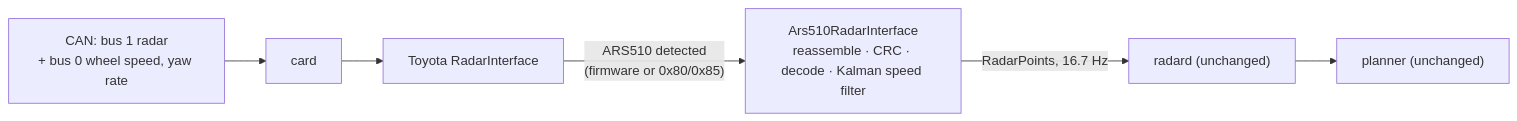
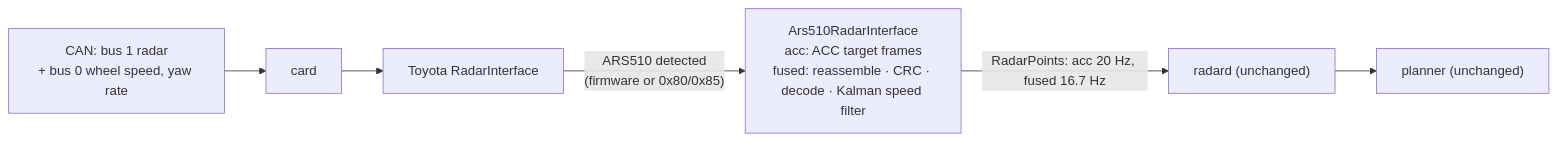
One commit to Mlnege/ars510-radar changed the diagram in README.md. Above: the diagram before and after it, drawn with Mermaid. The commit also changed other lines of this file and 161 other files, not shown here.

First line of the commit message:
docs: audit for stale and overstated content; acc and fused side by side; positive wording (#138)

````diff
--- a/README.md
+++ b/README.md
@@ -158,6 +175,6 @@
 ```mermaid
 flowchart LR
     CAN["CAN: bus 1 radar<br/>+ bus 0 wheel speed, yaw rate"] --> card --> RI["Toyota RadarInterface"]
-    RI -- "ARS510 detected<br/>(firmware or 0x80/0x85)" --> A["Ars510RadarInterface<br/>reassemble · CRC · decode · Kalman speed filter"]
-    A -- "RadarPoints, 16.7 Hz" --> radard["radard (unchanged)"] --> planner["planner (unchanged)"]
+    RI -- "ARS510 detected<br/>(firmware or 0x80/0x85)" --> A["Ars510RadarInterface<br/>acc: ACC target frames<br/>fused: reassemble · CRC · decode · Kalman speed filter"]
+    A -- "RadarPoints: acc 20 Hz, fused 16.7 Hz" --> radard["radard (unchanged)"] --> planner["planner (unchanged)"]
 ```
````
